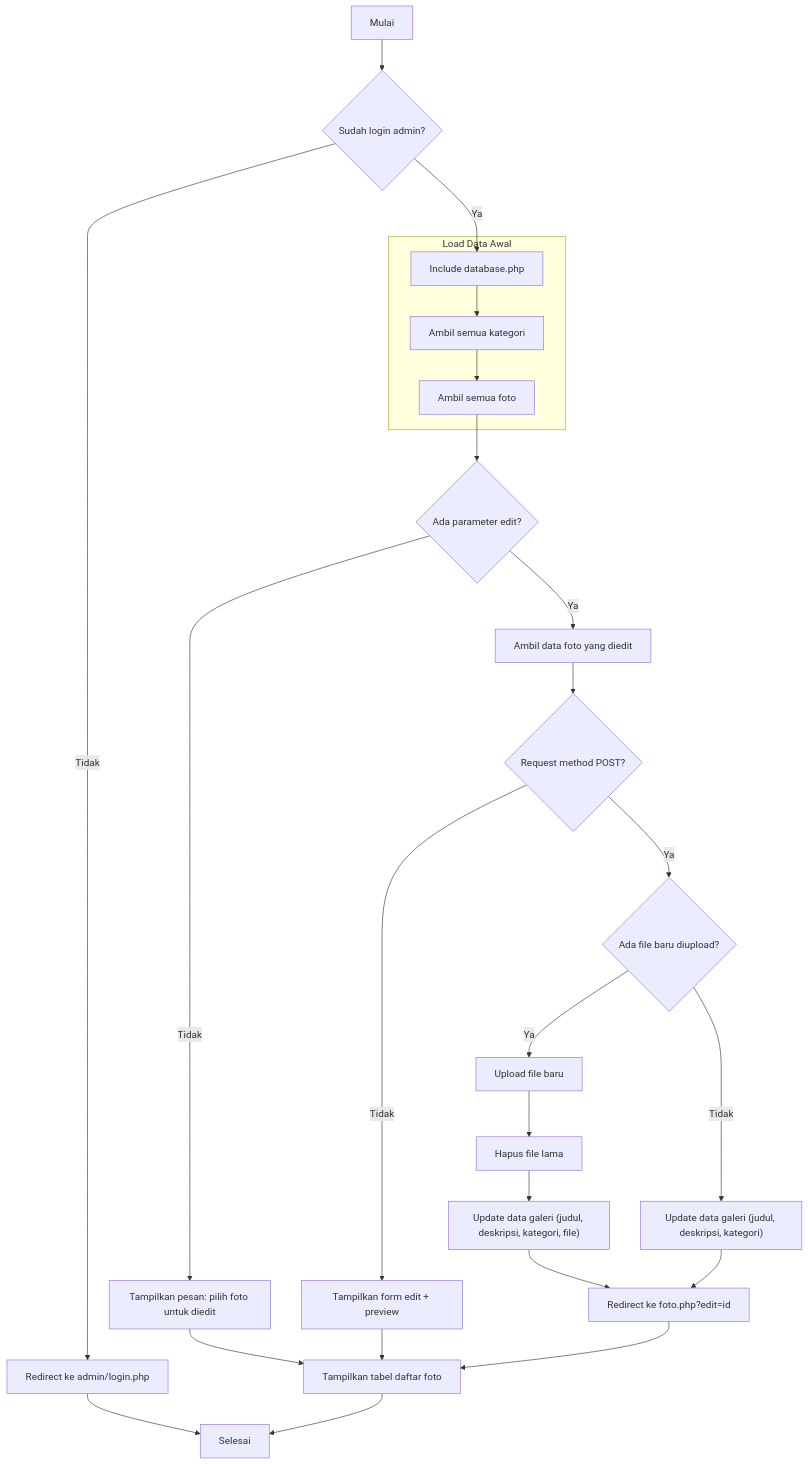
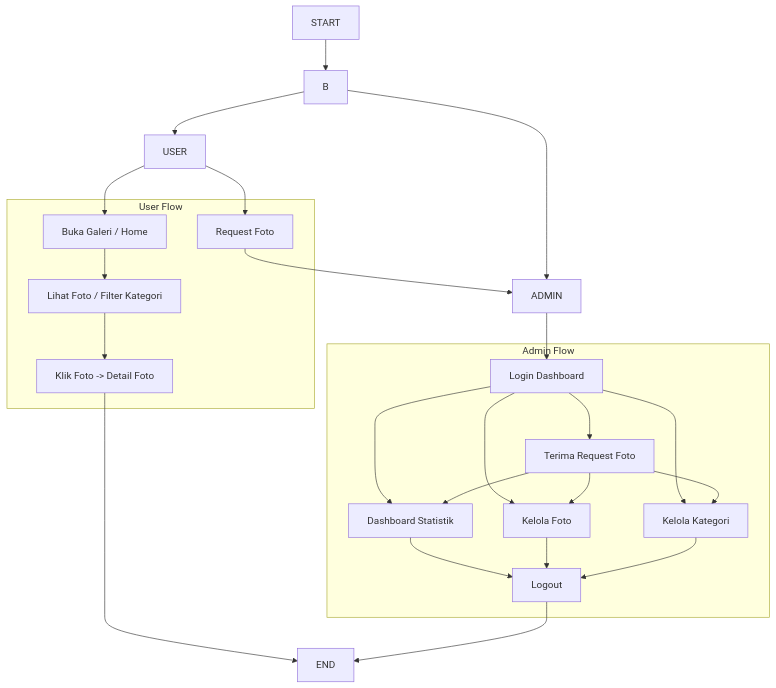
The diagram in readme.md (syahrul0908/galeri-foto), drawn with Mermaid before and after one commit.

Commit message:
update readme.md-3

````diff
--- a/readme.md
+++ b/readme.md
@@ -94,32 +94,42 @@
 ```mermaid
     flowchart TD
     
-    A[Mulai] --> B{Sudah login admin?}
-    B -- Tidak --> C[Redirect ke admin/login.php] --> Z[Selesai]
-    B -- Ya --> D[Include database.php]
+    A[START] --> B
+    B --> C[USER]
+    B --> D[ADMIN]
+    C --> E[Buka Galeri / Home]
+    D --> F[Login Dashboard]
+    E --> G[Lihat Foto / Filter Kategori]
+    G --> H[Klik Foto -> Detail Foto]
+    H --> I[END]
+    F --> J[Dashboard Statistik]
+    F --> K[Kelola Foto]
+    F --> L[Kelola Kategori]
+    J --> M[Logout]
+    K --> M
+    L --> M
+    M --> I[END]
 
-    subgraph LoadData [Load Data Awal]
-        D --> E[Ambil semua kategori]
-        E --> F[Ambil semua foto]
+    subgraph User Flow
+        E
+        G
+        H
+        N[Request Foto]
     end
 
-    F --> G{Ada parameter edit?}
-    G -- Tidak --> H[Tampilkan pesan: pilih foto untuk diedit]
-    G -- Ya --> I[Ambil data foto yang diedit]
+    subgraph Admin Flow
+        F
+        J
+        K
+        L
+        M
+        O[Terima Request Foto]
+    end
 
-    I --> J{Request method POST?}
-    J -- Tidak --> K[Tampilkan form edit + preview]
-    J -- Ya --> L{Ada file baru diupload?}
-    
-    L -- Ya --> M[Upload file baru] --> N[Hapus file lama] --> O["Update data galeri (judul, deskripsi, kategori, file)"]
-    L -- Tidak --> P["Update data galeri (judul, deskripsi, kategori)"]
-
-    O --> Q[Redirect ke foto.php?edit=id]
-    P --> Q
-
-    H --> R[Tampilkan tabel daftar foto]
-    K --> R
-    Q --> R
-
-    R --> Z[Selesai]
+    C --> N
+    N --> D
+    F --> O
+    O --> J
+    O --> K
+    O --> L
 ```
````
